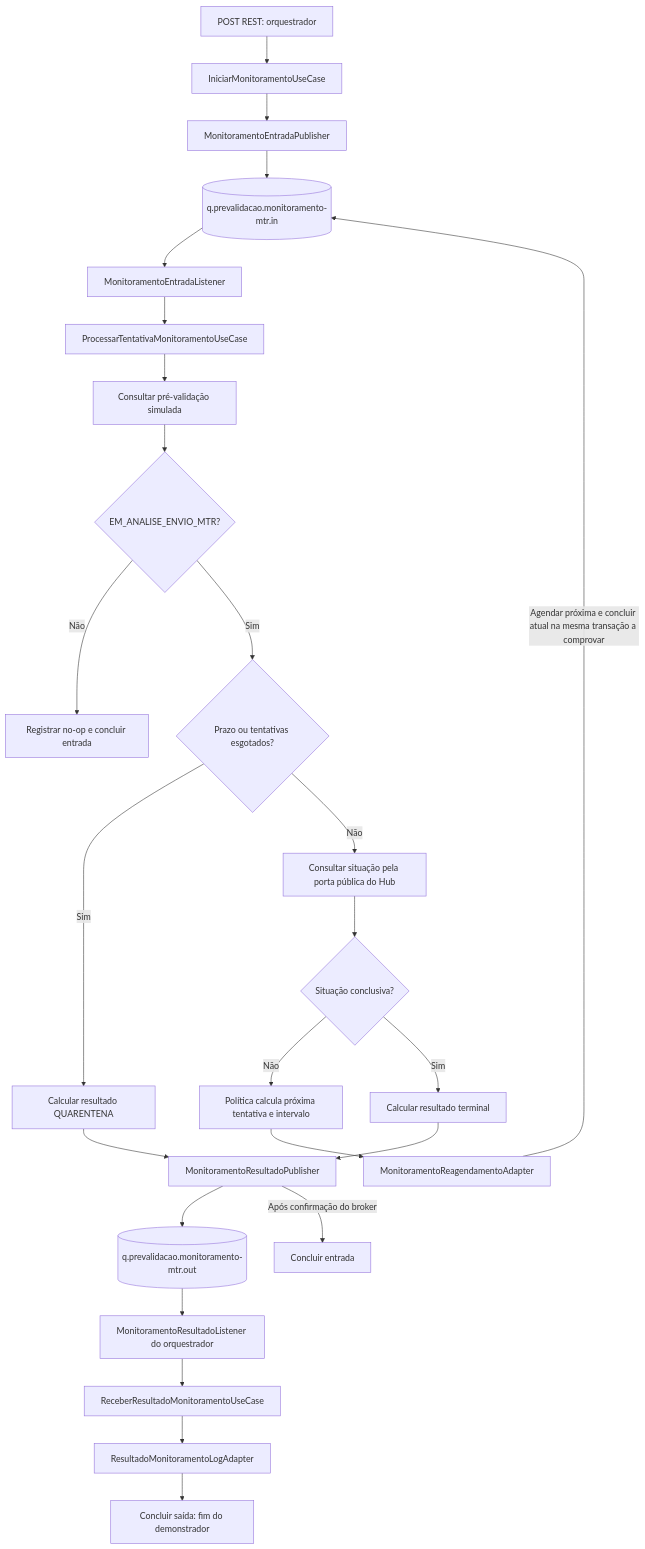
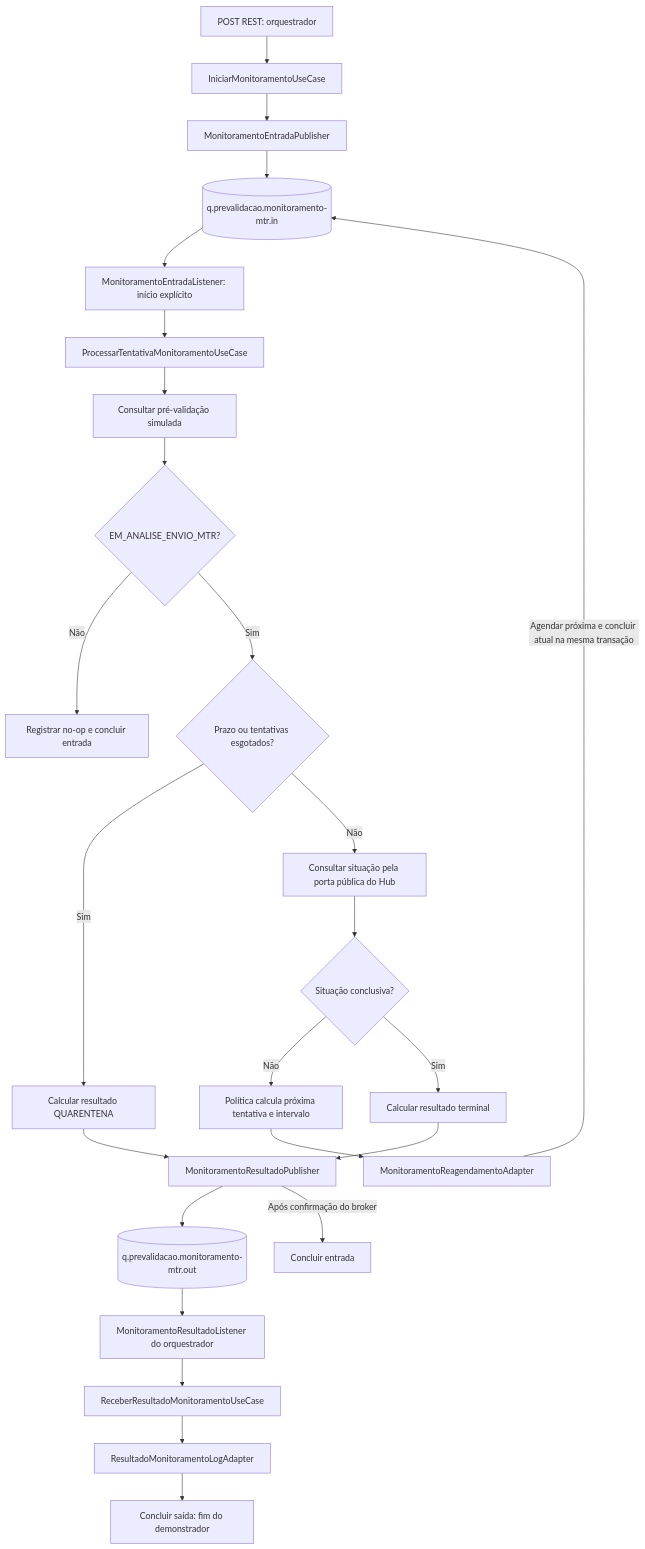
One commit to edoardo-bianco/arvore-documento-quarkus-proxy-ft-simulador-otel changed the second of 2 diagrams in doc/guias/guia-service-bus-amqp-dossie.md. Above: the diagram before and after it, drawn with Mermaid. The commit also changed other lines of this file and 41 other files, not shown here.

First line of the commit message:
feat: processar e reagendar monitoramento via Service Bus

````diff
--- a/doc/guias/guia-service-bus-amqp-dossie.md
+++ b/doc/guias/guia-service-bus-amqp-dossie.md
@@ -220,27 +228,27 @@
 ```mermaid
 flowchart TD
     REST["POST REST: orquestrador"] --> INICIAR["IniciarMonitoramentoUseCase"]
     INICIAR --> PUBIN["MonitoramentoEntradaPublisher"]
     PUBIN --> QIN[("q.prevalidacao.monitoramento-mtr.in")]
-    QIN --> LIN["MonitoramentoEntradaListener"]
+    QIN --> LIN["MonitoramentoEntradaListener: início explícito"]
     LIN --> PROCESSAR["ProcessarTentativaMonitoramentoUseCase"]
     PROCESSAR --> PRE["Consultar pré-validação simulada"]
     PRE --> ELEGIVEL{"EM_ANALISE_ENVIO_MTR?"}
     ELEGIVEL -->|Não| NOOP["Registrar no-op e concluir entrada"]
     ELEGIVEL -->|Sim| LIMITE{"Prazo ou tentativas esgotados?"}
     LIMITE -->|Sim| QUARENTENA["Calcular resultado QUARENTENA"]
     LIMITE -->|Não| HUB["Consultar situação pela porta pública do Hub"]
     HUB --> CONCLUSIVO{"Situação conclusiva?"}
     CONCLUSIVO -->|Não| POLITICA["Política calcula próxima tentativa e intervalo"]
     POLITICA --> REAGENDAR["MonitoramentoReagendamentoAdapter"]
-    REAGENDAR -->|"Agendar próxima e concluir atual na mesma transação a comprovar"| QIN
+    REAGENDAR -->|"Agendar próxima e concluir atual na mesma transação"| QIN
     CONCLUSIVO -->|Sim| RESULTADO["Calcular resultado terminal"]
     RESULTADO --> PUBOUT["MonitoramentoResultadoPublisher"]
     QUARENTENA --> PUBOUT
     PUBOUT --> QOUT[("q.prevalidacao.monitoramento-mtr.out")]
     PUBOUT -->|"Após confirmação do broker"| COMPLETEIN["Concluir entrada"]
     QOUT --> LOUT["MonitoramentoResultadoListener do orquestrador"]
     LOUT --> RECEBER["ReceberResultadoMonitoramentoUseCase"]
     RECEBER --> LOG["ResultadoMonitoramentoLogAdapter"]
     LOG --> FIM["Concluir saída: fim do demonstrador"]
 ```
````
